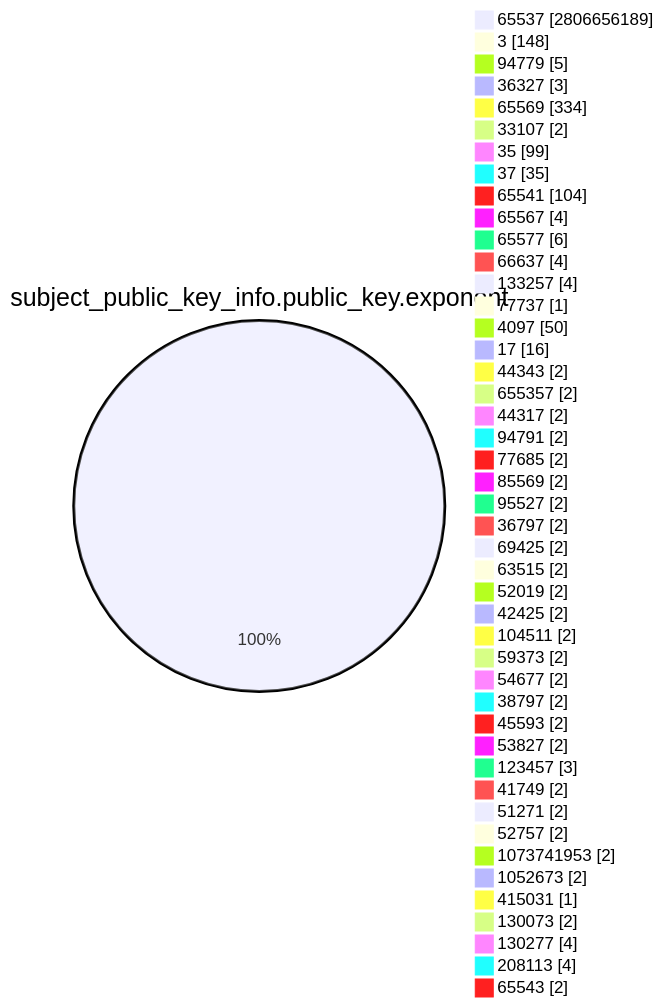
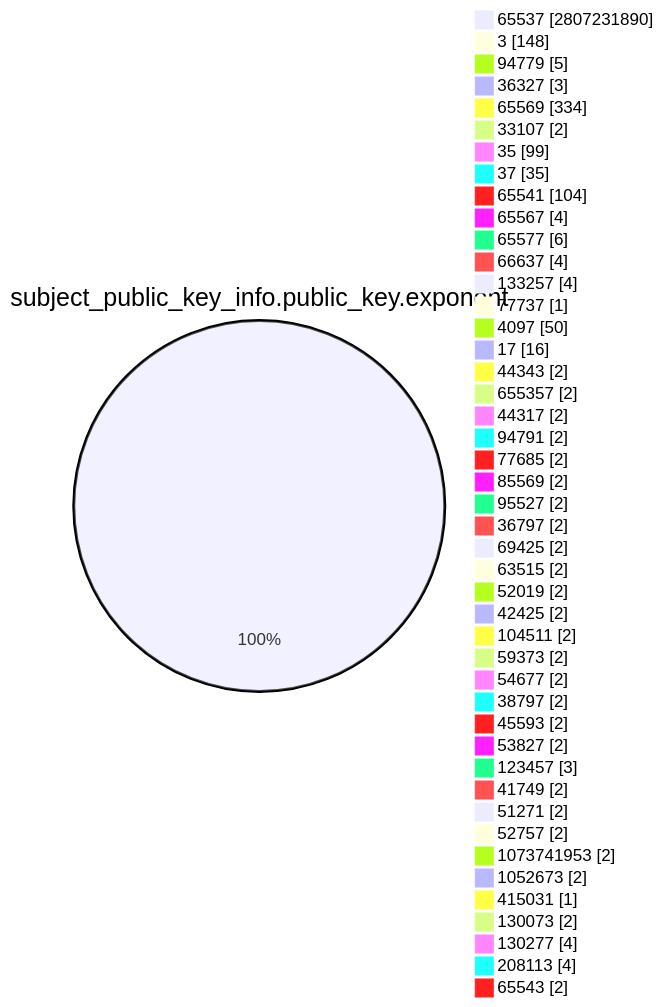
The fourth of 15 diagrams in TOTAL/README.md (christiankrug/ctmonitor_visualization), drawn with Mermaid before and after one commit. The commit also changed other lines of this file, not shown here.

````diff
--- a/TOTAL/README.md
+++ b/TOTAL/README.md
@@ -1467,49 +1467,49 @@
 ```mermaid
 pie showData
 title subject_public_key_info.public_key.exponent
-"65537" :2806656189
+"65537" :2807231890
 "3" :148
 "94779" :5
 "36327" :3
 "65569" :334
 "33107" :2
 "35" :99
 "37" :35
 "65541" :104
 "65567" :4
 "65577" :6
 "66637" :4
 "133257" :4
 "77737" :1
 "4097" :50
 "17" :16
 "44343" :2
 "655357" :2
 "44317" :2
 "94791" :2
 "77685" :2
 "85569" :2
 "95527" :2
 "36797" :2
 "69425" :2
 "63515" :2
 "52019" :2
 "42425" :2
 "104511" :2
 "59373" :2
 "54677" :2
 "38797" :2
 "45593" :2
 "53827" :2
 "123457" :3
 "41749" :2
 "51271" :2
 "52757" :2
 "1073741953" :2
 "1052673" :2
 "415031" :1
 "130073" :2
 "130277" :4
 "208113" :4
 "65543" :2
 ```
````
